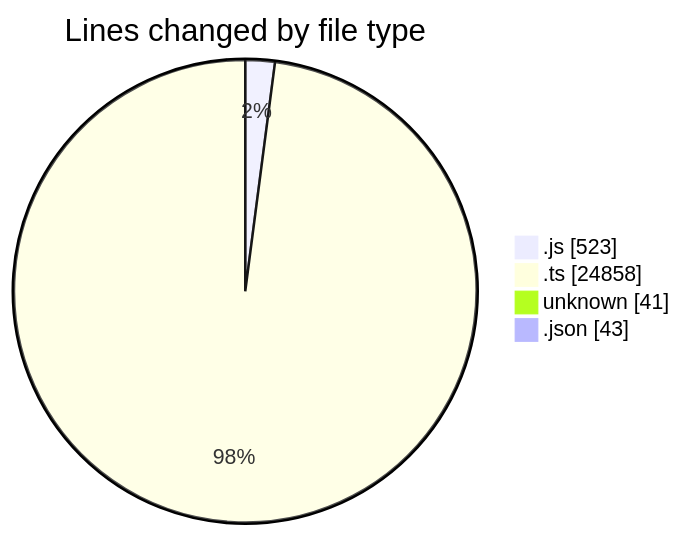
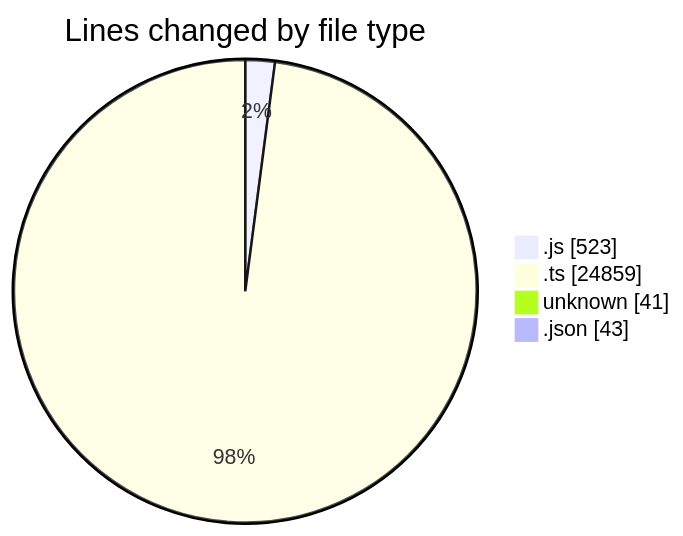
One commit to momahboobian/code-tracking changed the first of 2 diagrams in 2025-08-15/cda/README.md. Above: the diagram before and after it, drawn with Mermaid. The commit also changed other lines of this file and 1 other file, not shown here.

````diff
--- a/2025-08-15/cda/README.md
+++ b/2025-08-15/cda/README.md
@@ -31,8 +31,8 @@
 ```mermaid
 pie showData
 title Lines changed by file type
 ".js" : 523
-".ts" : 24858
+".ts" : 24859
 "unknown" : 41
 ".json" : 43
 ```
````
